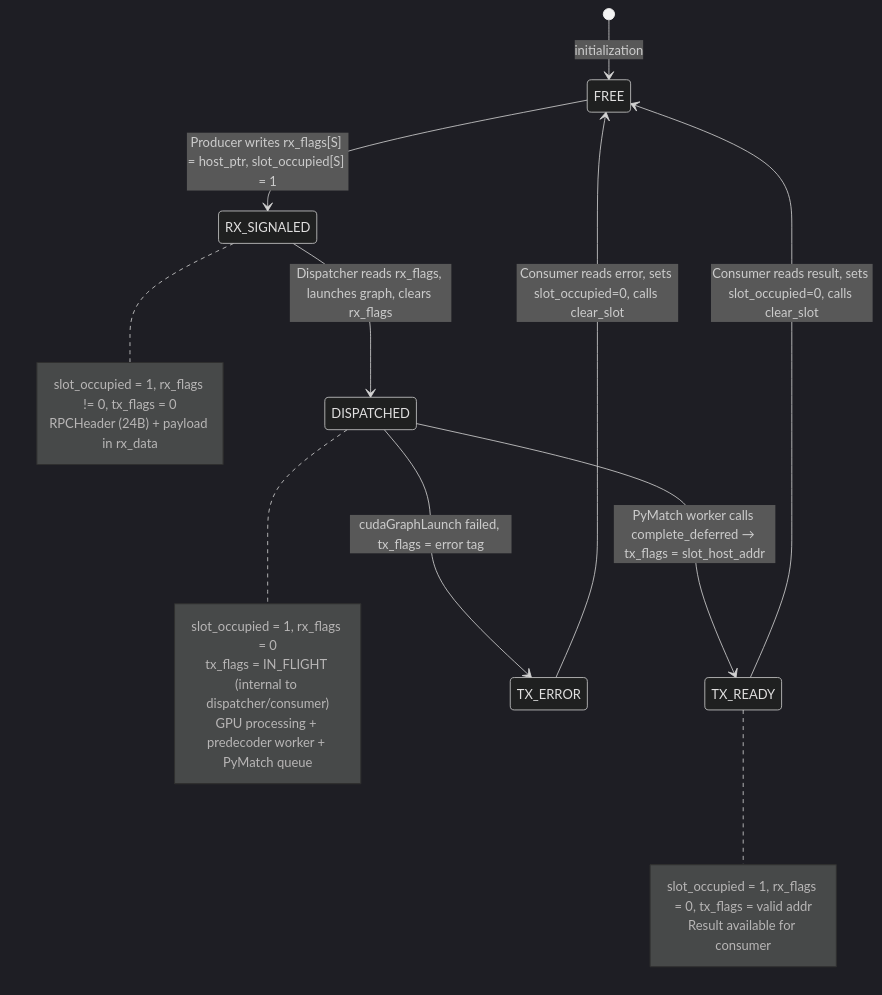
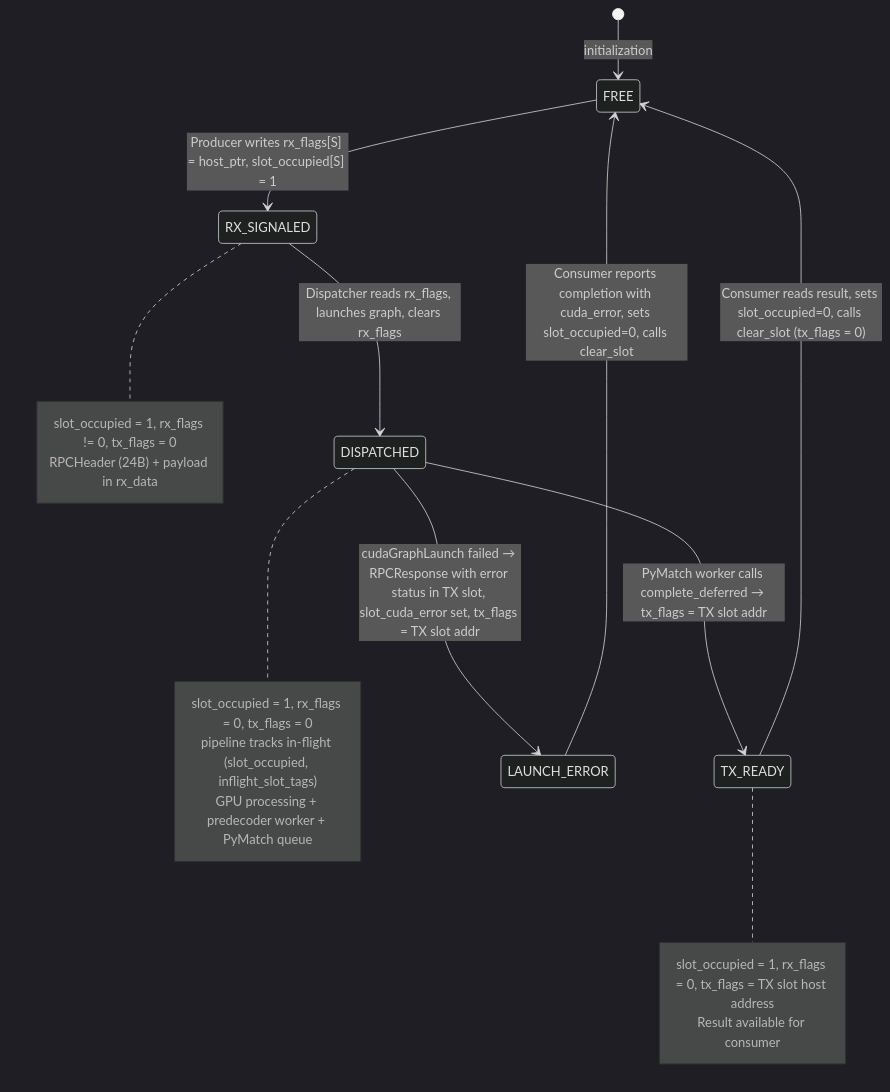
One commit to NVIDIA/cudaq-qec changed the fourth of 8 diagrams in libs/qec/lib/realtime/realtime_pipeline_architecture.md. Above: the diagram before and after it, drawn with Mermaid (dark theme). The commit also changed other lines of this file and 15 other files, not shown here.

````diff
--- a/libs/qec/lib/realtime/realtime_pipeline_architecture.md
+++ b/libs/qec/lib/realtime/realtime_pipeline_architecture.md
@@ -262,28 +271,28 @@
 ```mermaid
 stateDiagram-v2
     [*] --> FREE : initialization
 
     FREE --> RX_SIGNALED : Producer writes rx_flags[S] = host_ptr, slot_occupied[S] = 1
     note right of RX_SIGNALED
         slot_occupied = 1, rx_flags != 0, tx_flags = 0
         RPCHeader (24B) + payload in rx_data
     end note
 
     RX_SIGNALED --> DISPATCHED : Dispatcher reads rx_flags, launches graph, clears rx_flags
     note right of DISPATCHED
-        slot_occupied = 1, rx_flags = 0
-        tx_flags = IN_FLIGHT (internal to dispatcher/consumer)
+        slot_occupied = 1, rx_flags = 0, tx_flags = 0
+        pipeline tracks in-flight (slot_occupied, inflight_slot_tags)
         GPU processing + predecoder worker + PyMatch queue
     end note
 
-    DISPATCHED --> TX_READY : PyMatch worker calls complete_deferred → tx_flags = slot_host_addr
+    DISPATCHED --> TX_READY : PyMatch worker calls complete_deferred → tx_flags = TX slot addr
     note right of TX_READY
-        slot_occupied = 1, rx_flags = 0, tx_flags = valid addr
+        slot_occupied = 1, rx_flags = 0, tx_flags = TX slot host address
         Result available for consumer
     end note
 
-    TX_READY --> FREE : Consumer reads result, sets slot_occupied=0, calls clear_slot
+    TX_READY --> FREE : Consumer reads result, sets slot_occupied=0, calls clear_slot (tx_flags = 0)
 
-    DISPATCHED --> TX_ERROR : cudaGraphLaunch failed, tx_flags = error tag
-    TX_ERROR --> FREE : Consumer reads error, sets slot_occupied=0, calls clear_slot
+    DISPATCHED --> LAUNCH_ERROR : cudaGraphLaunch failed → RPCResponse with error status in TX slot, slot_cuda_error set, tx_flags = TX slot addr
+    LAUNCH_ERROR --> FREE : Consumer reports completion with cuda_error, sets slot_occupied=0, calls clear_slot
 ```
````
